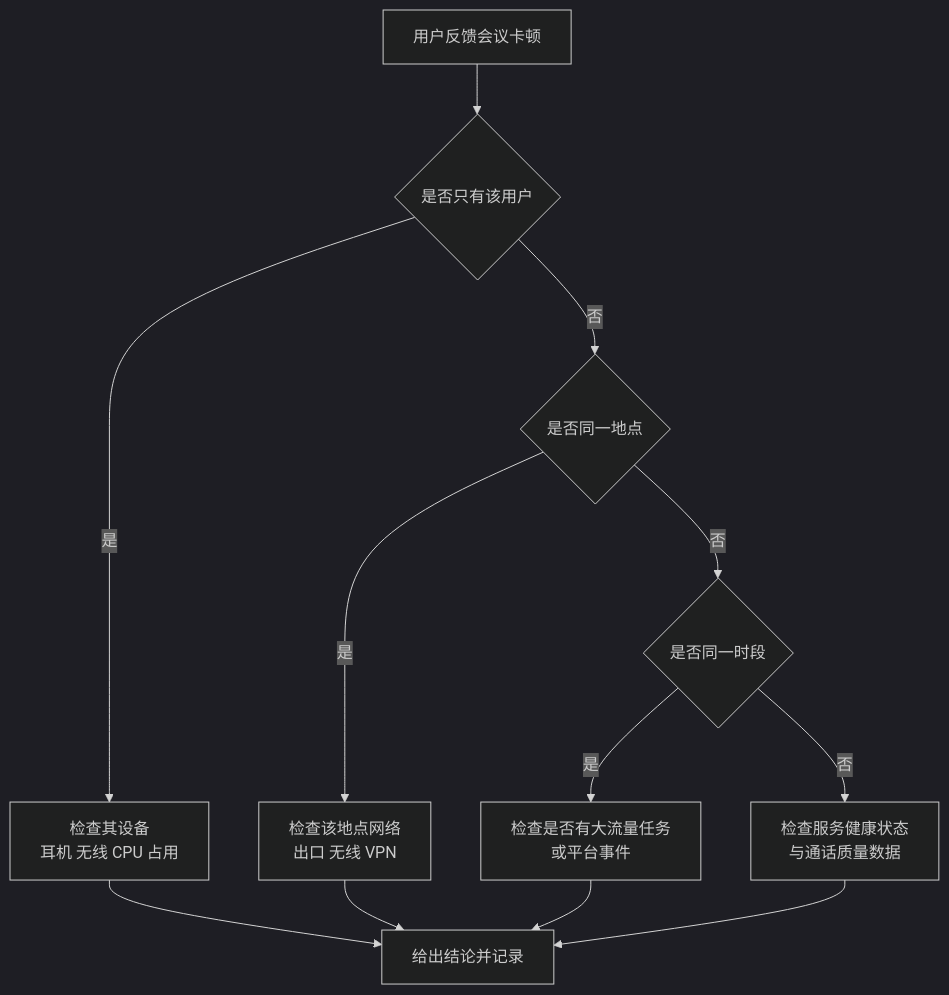
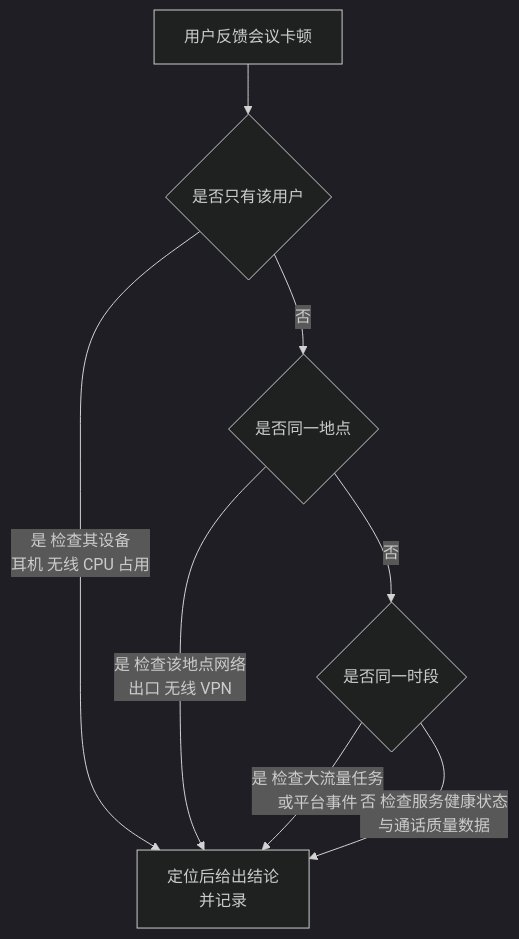
Before and after one commit to zerioo1970/summary: the second of 2 diagrams in Microsoft-365企业导入实施方案/04-终端与协作-Office-Teams-文件/09-Teams客户端与会议质量.md, drawn with Mermaid (dark theme). The commit also changed 14 other files, not shown here.

First line of the commit message:
fix(docs): 修正 Mermaid 图渲染问题（15 个文件）

````diff
--- a/Microsoft-365企业导入实施方案/04-终端与协作-Office-Teams-文件/09-Teams客户端与会议质量.md
+++ b/Microsoft-365企业导入实施方案/04-终端与协作-Office-Teams-文件/09-Teams客户端与会议质量.md
@@ -118,14 +118,10 @@
 ```mermaid
 graph TD
     A[用户反馈会议卡顿] --> B{是否只有该用户}
-    B -->|是| C[检查其设备<br/>耳机 无线 CPU 占用]
+    B -->|是 检查其设备<br/>耳机 无线 CPU 占用| Z[定位后给出结论<br/>并记录]
     B -->|否| D{是否同一地点}
-    D -->|是| E[检查该地点网络<br/>出口 无线 VPN]
+    D -->|是 检查该地点网络<br/>出口 无线 VPN| Z
     D -->|否| F{是否同一时段}
-    F -->|是| G[检查是否有大流量任务<br/>或平台事件]
-    F -->|否| H[检查服务健康状态<br/>与通话质量数据]
-    C --> I[给出结论并记录]
-    E --> I
-    G --> I
-    H --> I
+    F -->|是 检查大流量任务<br/>或平台事件| Z
+    F -->|否 检查服务健康状态<br/>与通话质量数据| Z
 ```
````
